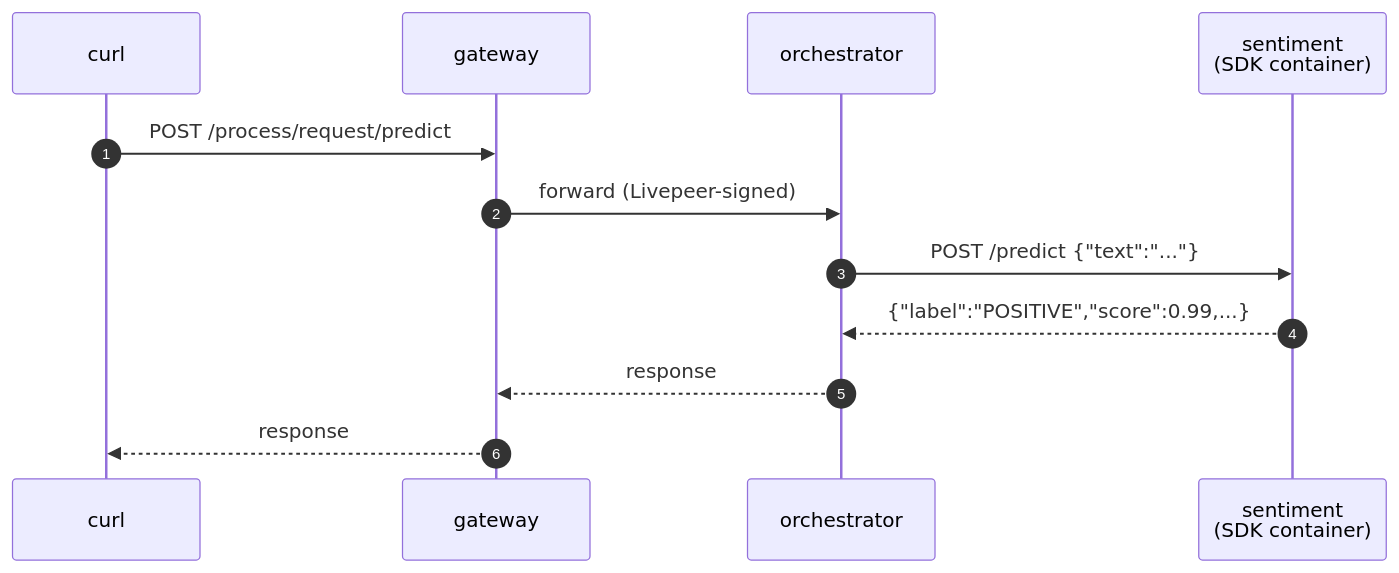
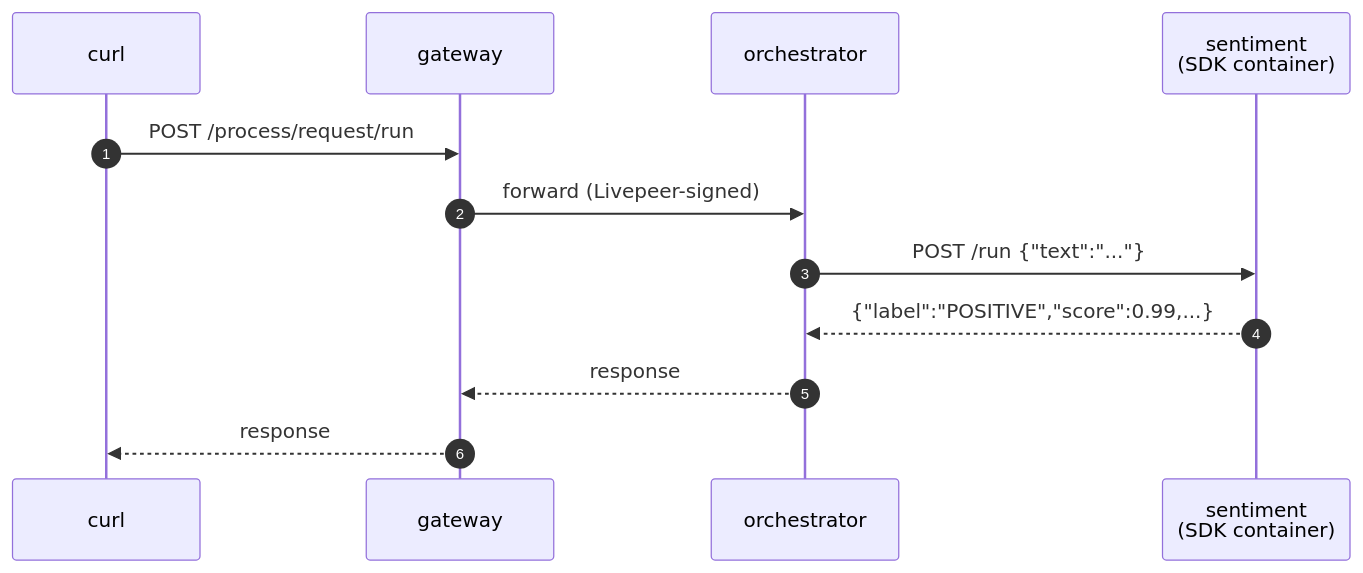
Before and after one commit to livepeer/livepeer-python-gateway: the diagram in examples/runner/sentiment/README.md, drawn with Mermaid. The commit also changed other lines of this file and 14 other files, not shown here.

First line of the commit message:
refactor(runner): rename predict() → run() for verb-agnostic pipeline shape

````diff
--- a/examples/runner/sentiment/README.md
+++ b/examples/runner/sentiment/README.md
@@ -42,15 +42,15 @@
 ```mermaid
 sequenceDiagram
     autonumber
     participant curl
     participant gateway
     participant orchestrator
     participant sentiment as sentiment<br/>(SDK container)
 
-    curl->>gateway: POST /process/request/predict
+    curl->>gateway: POST /process/request/run
     gateway->>orchestrator: forward (Livepeer-signed)
-    orchestrator->>sentiment: POST /predict {"text":"..."}
+    orchestrator->>sentiment: POST /run {"text":"..."}
     sentiment-->>orchestrator: {"label":"POSITIVE","score":0.99,...}
     orchestrator-->>gateway: response
     gateway-->>curl: response
 ```
````
